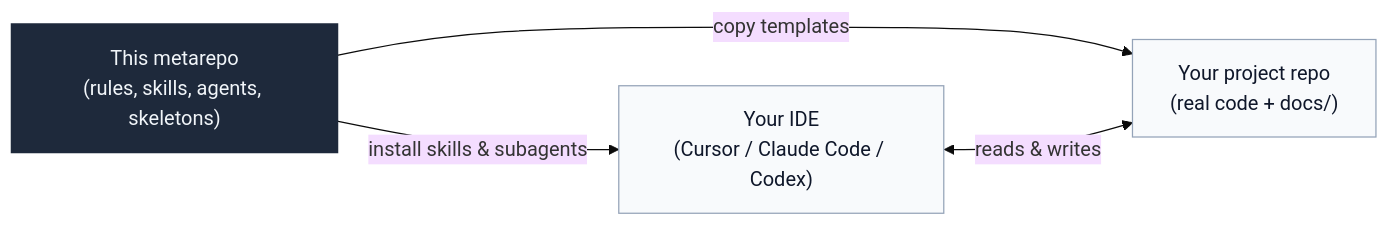
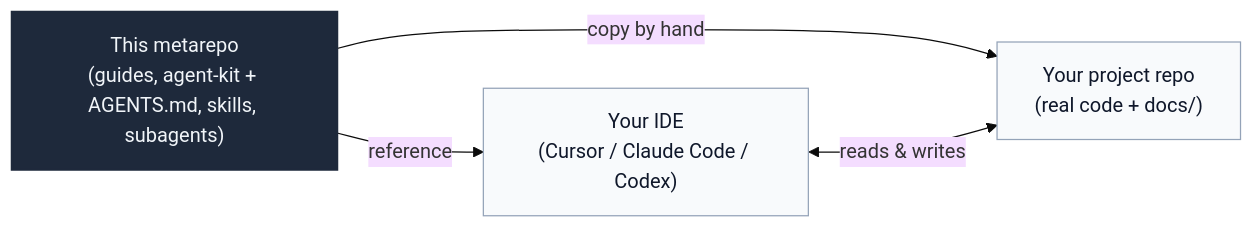
The first of 2 diagrams in README.md (Hotusa-Data/ehc-agent-harness), drawn with Mermaid (base theme) before and after one commit. The commit also changed other lines of this file, not shown here.

````diff
--- a/README.md
+++ b/README.md
@@ -59,19 +14,19 @@
 ```mermaid
 flowchart LR
     accTitle: Metarepo to Project Repo Relationship
-    accDescr: How the metarepo rules, skills, and skeletons flow into the project repo and developer IDE.
+    accDescr: How the metarepo guides, agent-kit, AGENTS.md, skills, and subagents flow into the project repo and developer IDE.
 
-    metarepo["This metarepo<br/>(rules, skills, agents, skeletons)"]
+    metarepo["This metarepo<br/>(guides, agent-kit + AGENTS.md, skills, subagents)"]
     target["Your project repo<br/>(real code + docs/)"]
     ide["Your IDE<br/>(Cursor / Claude Code / Codex)"]
 
-    metarepo -->|copy templates| target
-    metarepo -->|install skills & subagents| ide
+    metarepo -->|copy by hand| target
+    metarepo -->|reference| ide
     ide <-->|reads & writes| target
 
     classDef source fill:#1e293b,stroke:#1e293b,stroke-width:2px,color:#f1f5f9
     classDef node   fill:#f8fafc,stroke:#94a3b8,stroke-width:1px,color:#0f172a
 
     class metarepo source
     class target,ide node
 ```
````
